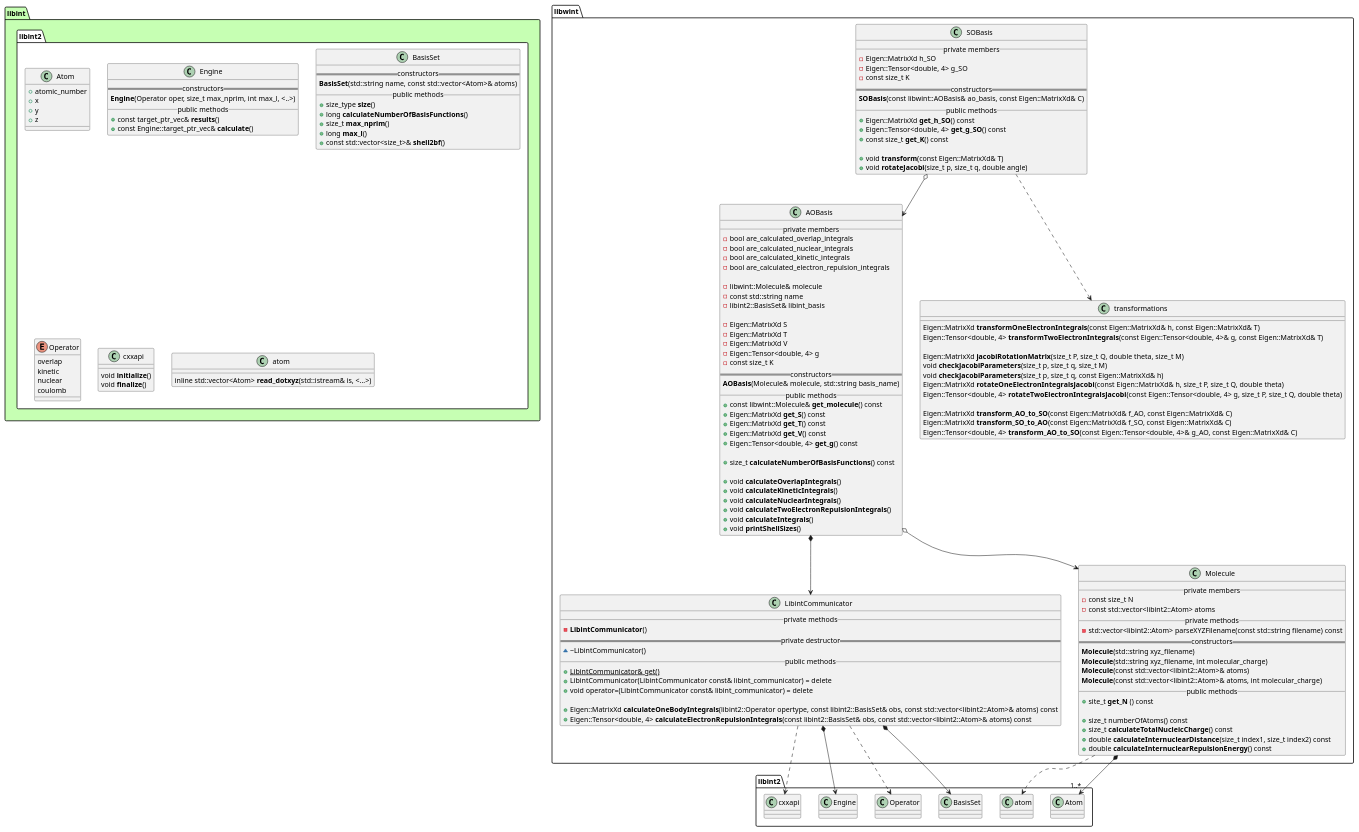
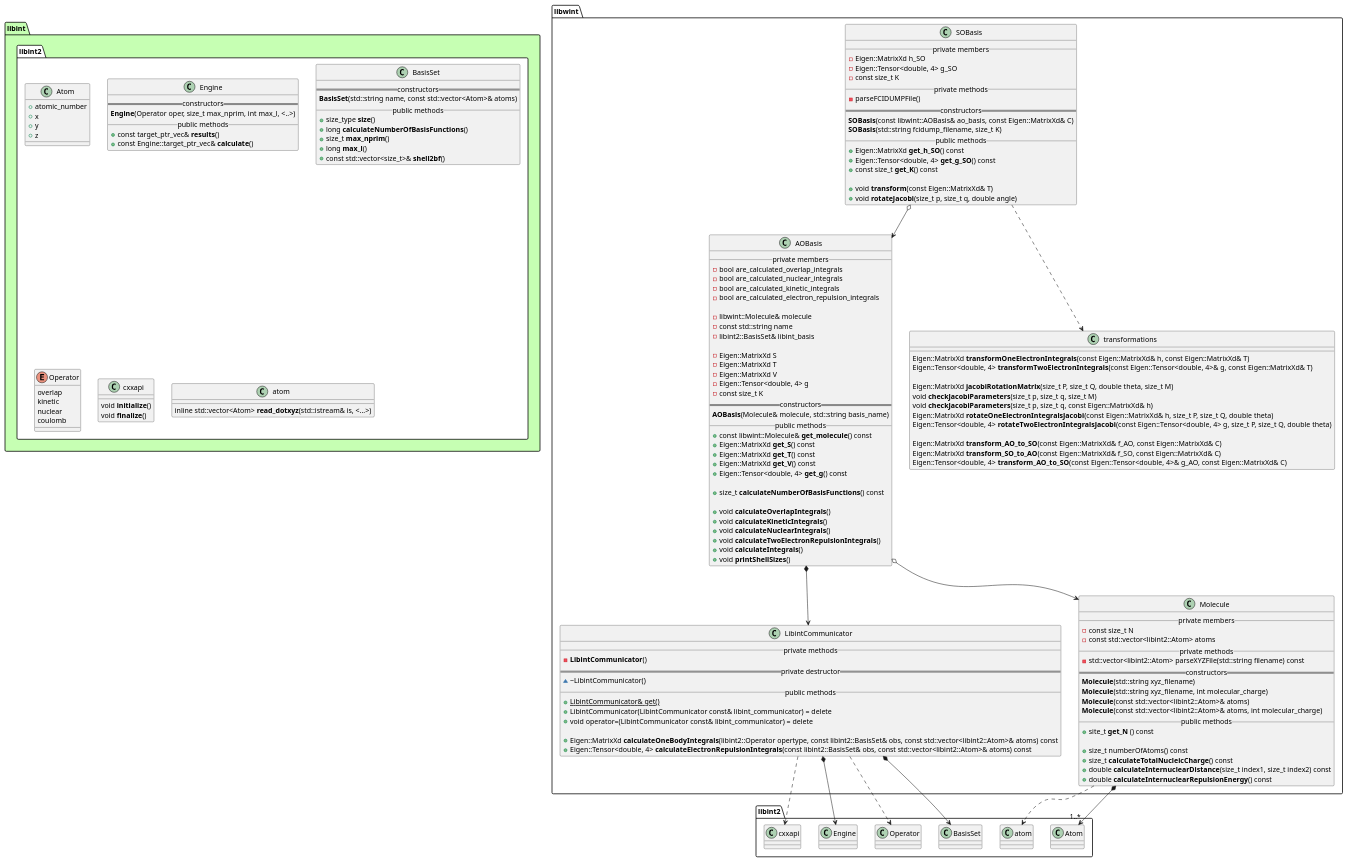
Before and after one commit to tmhuysen/libwint: the diagram in docs/libwint.puml, drawn with PlantUML. The commit also changed 6 other files, not shown here.

Commit message:
In the middle of rewriting parseFCIDUMP.

```diff
--- a/docs/libwint.puml
+++ b/docs/libwint.puml
@@ -1,180 +1,183 @@
 @startuml
 
 
 
 package libint #c6ffb3 {
     namespace libint2 #ffffff {
         class Atom {
             + atomic_number
             + x
             + y
             + z
         }
 
         class Engine {
             == constructors ==
                 **Engine**(Operator oper, size_t max_nprim, int max_l, <..>)
             __ public methods __
                 + const target_ptr_vec& **results**()
                 + const Engine::target_ptr_vec& **calculate**()
         }
 
         class BasisSet {
             == constructors ==
                 **BasisSet**(std::string name, const std::vector<Atom>& atoms)
             __ public methods __
                 + size_type **size**()
                 + long **calculateNumberOfBasisFunctions**()
                 + size_t **max_nprim**()
                 + long **max_l**()
                 + const std::vector<size_t>& **shell2bf**()
         }
 
         enum Operator {
             overlap
             kinetic
             nuclear
             coulomb
         }
 
         class cxxapi {
                 void **initialize**()
                 void **finalize**()
         }
 
         class atom {
             inline std::vector<Atom> **read_dotxyz**(std::istream& is, <...>)
         }
     }
 }
 
 
 
 
 namespace libwint {
 
     class AOBasis {
         __ private members __
             - bool are_calculated_overlap_integrals
             - bool are_calculated_nuclear_integrals
             - bool are_calculated_kinetic_integrals
             - bool are_calculated_electron_repulsion_integrals
 
             - libwint::Molecule& molecule
             - const std::string name
             - libint2::BasisSet& libint_basis
 
             - Eigen::MatrixXd S
             - Eigen::MatrixXd T
             - Eigen::MatrixXd V
             - Eigen::Tensor<double, 4> g
             - const size_t K
         == constructors ==
             **AOBasis**(Molecule& molecule, std::string basis_name)
         __ public methods __
             + const libwint::Molecule& **get_molecule**() const
             + Eigen::MatrixXd **get_S**() const
             + Eigen::MatrixXd **get_T**() const
             + Eigen::MatrixXd **get_V**() const
             + Eigen::Tensor<double, 4> **get_g**() const
 
             + size_t **calculateNumberOfBasisFunctions**() const
 
             + void **calculateOverlapIntegrals**()
             + void **calculateKineticIntegrals**()
             + void **calculateNuclearIntegrals**()
             + void **calculateTwoElectronRepulsionIntegrals**()
             + void **calculateIntegrals**()
             + void **printShellSizes**()
     }
 
 
     class SOBasis {
         __ private members __
             - Eigen::MatrixXd h_SO
             - Eigen::Tensor<double, 4> g_SO
             - const size_t K
+        __ private methods __
+            - parseFCIDUMPFile()
         == constructors ==
             **SOBasis**(const libwint::AOBasis& ao_basis, const Eigen::MatrixXd& C)
+            **SOBasis**(std::string fcidump_filename, size_t K)
         __ public methods __
             + Eigen::MatrixXd **get_h_SO**() const
             + Eigen::Tensor<double, 4> **get_g_SO**() const
             + const size_t **get_K**() const
 
             + void **transform**(const Eigen::MatrixXd& T)
             + void **rotateJacobi**(size_t p, size_t q, double angle)
     }
 
 
     class transformations {
             Eigen::MatrixXd **transformOneElectronIntegrals**(const Eigen::MatrixXd& h, const Eigen::MatrixXd& T)
             Eigen::Tensor<double, 4> **transformTwoElectronIntegrals**(const Eigen::Tensor<double, 4>& g, const Eigen::MatrixXd& T)
 
             Eigen::MatrixXd **jacobiRotationMatrix**(size_t P, size_t Q, double theta, size_t M)
             void **checkJacobiParameters**(size_t p, size_t q, size_t M)
             void **checkJacobiParameters**(size_t p, size_t q, const Eigen::MatrixXd& h)
             Eigen::MatrixXd **rotateOneElectronIntegralsJacobi**(const Eigen::MatrixXd& h, size_t P, size_t Q, double theta)
             Eigen::Tensor<double, 4> **rotateTwoElectronIntegralsJacobi**(const Eigen::Tensor<double, 4> g, size_t P, size_t Q, double theta)
 
             Eigen::MatrixXd **transform_AO_to_SO**(const Eigen::MatrixXd& f_AO, const Eigen::MatrixXd& C)
             Eigen::MatrixXd **transform_SO_to_AO**(const Eigen::MatrixXd& f_SO, const Eigen::MatrixXd& C)
             Eigen::Tensor<double, 4> **transform_AO_to_SO**(const Eigen::Tensor<double, 4>& g_AO, const Eigen::MatrixXd& C)
 
     }
 
 
     class LibintCommunicator {
         __ private methods __
             - **LibintCommunicator**()
         == private destructor ==
             ~ ~LibintCommunicator()
         __ public methods __
             + {static} LibintCommunicator& get()
             + LibintCommunicator(LibintCommunicator const& libint_communicator) = delete
             + void operator=(LibintCommunicator const& libint_communicator) = delete
 
             + Eigen::MatrixXd **calculateOneBodyIntegrals**(libint2::Operator opertype, const libint2::BasisSet& obs, const std::vector<libint2::Atom>& atoms) const
             + Eigen::Tensor<double, 4> **calculateElectronRepulsionIntegrals**(const libint2::BasisSet& obs, const std::vector<libint2::Atom>& atoms) const
     }
 
 
     class Molecule {
         __ private members __
             - const size_t N
             - const std::vector<libint2::Atom> atoms
         __ private methods __
-            - std::vector<libint2::Atom> parseXYZFilename(const std::string filename) const
+            - std::vector<libint2::Atom> parseXYZFile(std::string filename) const
         == constructors ==
             **Molecule**(std::string xyz_filename)
             **Molecule**(std::string xyz_filename, int molecular_charge)
             **Molecule**(const std::vector<libint2::Atom>& atoms)
             **Molecule**(const std::vector<libint2::Atom>& atoms, int molecular_charge)
         __ public methods __
             + site_t **get_N** () const
 
             + size_t numberOfAtoms() const
             + size_t **calculateTotalNucleicCharge**() const
             + double **calculateInternuclearDistance**(size_t index1, size_t index2) const
             + double **calculateInternuclearRepulsionEnergy**() const
     }
 
 }
 
 
 
 libwint.AOBasis o--> libwint.Molecule
 libwint.AOBasis *--> libwint.LibintCommunicator
 
 libwint.LibintCommunicator *--> libint2.BasisSet
 libwint.LibintCommunicator ..> libint2.Operator
 libwint.LibintCommunicator *--> libint2.Engine
 libwint.LibintCommunicator ..> libint2.cxxapi
 
 libwint.Molecule *--> "1..*" libint2.Atom
 libwint.Molecule ..> libint2.atom
 
 libwint.SOBasis ..> libwint.transformations
 libwint.SOBasis o--> libwint.AOBasis
 
 
 @enduml
```
